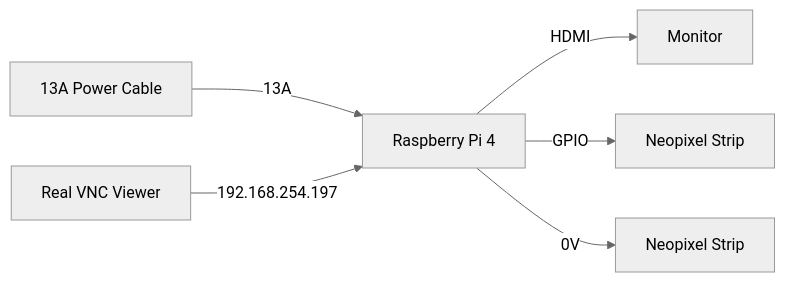
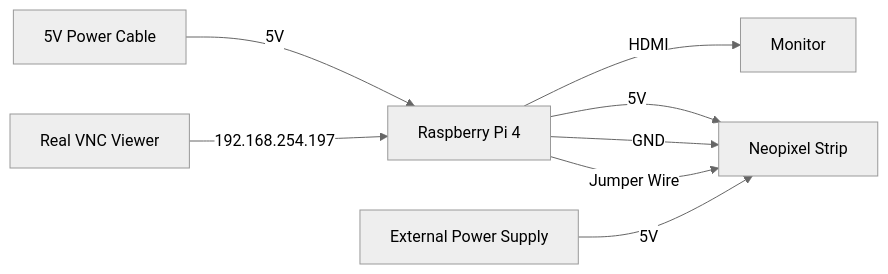
Before and after one commit to zrNNNNNN/EGL314-Project: the first of 2 diagrams in README.md, drawn with Mermaid (neutral theme). The commit also changed other lines of this file, not shown here.

````diff
--- a/README.md
+++ b/README.md
@@ -31,9 +33,11 @@
 ```mermaid
 graph LR
-A[13A Power Cable] --13A--> B[Raspberry Pi 4]
+A[5V Power Cable] --5V--> B[Raspberry Pi 4]
 C[Real VNC Viewer] --192.168.254.197--> B
 B --HDMI--> F[Monitor]
-B --GPIO--> G[Neopixel Strip]
-B --0V--> H[Neopixel Strip]
+B --5V--> G[Neopixel Strip]
+B --GND--> G[Neopixel Strip]
+B --Jumper Wire--> G[Neopixel Strip]
+D[External Power Supply] --5V--> G[Neopixel Strip]
 
 ```
````
